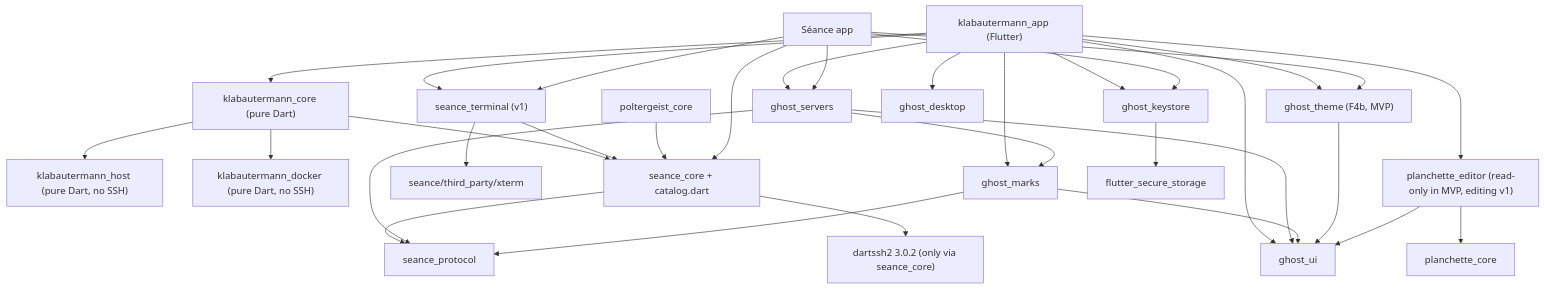
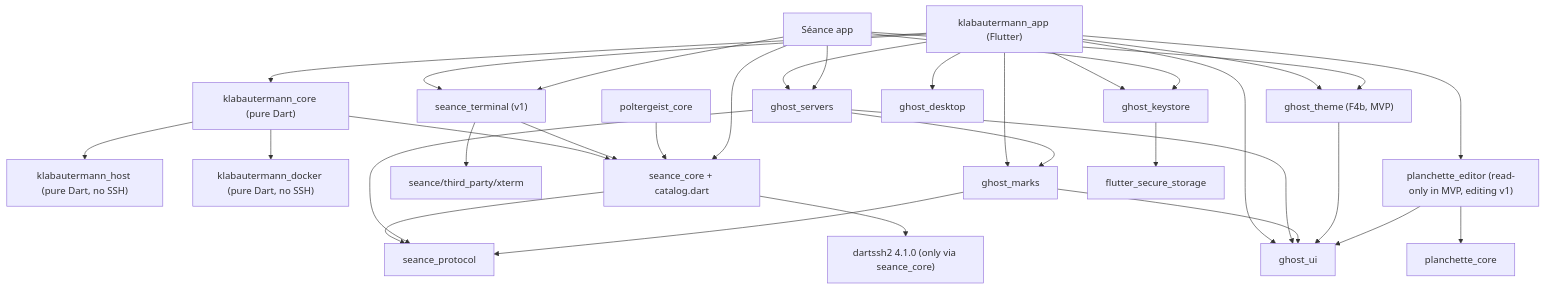
One commit to L-K-M/Hauntware changed the diagram in docs/design/klabautermann/03-ARCHITECTURE.md. Above: the diagram before and after it, drawn with Mermaid. The commit also changed other lines of this file and 4 other files, not shown here.

````diff
--- a/docs/design/klabautermann/03-ARCHITECTURE.md
+++ b/docs/design/klabautermann/03-ARCHITECTURE.md
@@ -758,55 +761,55 @@
 ```mermaid
 graph TD
   APP["klabautermann_app (Flutter)"]
   CORE["klabautermann_core (pure Dart)"]
   HOST["klabautermann_host (pure Dart, no SSH)"]
   DOCK["klabautermann_docker (pure Dart, no SSH)"]
   SC["seance_core + catalog.dart"]
   SP["seance_protocol"]
-  DS["dartssh2 3.0.2 (only via seance_core)"]
+  DS["dartssh2 4.1.0 (only via seance_core)"]
   ST["seance_terminal (v1)"]
   XT["seance/third_party/xterm"]
   GS["ghost_servers"]
   GK["ghost_keystore"]
   GT["ghost_theme (F4b, MVP)"]
   GUI["ghost_ui"]
   GM["ghost_marks"]
   GD["ghost_desktop"]
   PE["planchette_editor (read-only in MVP, editing v1)"]
   PCO["planchette_core"]
   FSS["flutter_secure_storage"]
   POLT["poltergeist_core"]
   SEA["Séance app"]
 
   APP --> CORE
   APP --> GS
   APP --> GK
   APP --> GT
   APP --> GUI
   APP --> GM
   APP --> GD
   APP --> PE
   APP --> ST
   CORE --> SC
   CORE --> HOST
   CORE --> DOCK
   SC --> SP
   SC --> DS
   ST --> SC
   ST --> XT
   GS --> GUI
   GS --> GM
   GS --> SP
   GM --> GUI
   GM --> SP
   GK --> FSS
   GT --> GUI
   PE --> GUI
   PE --> PCO
   POLT --> SC
   SEA --> SC
   SEA --> ST
   SEA --> GS
   SEA --> GK
   SEA --> GT
 ```
````
